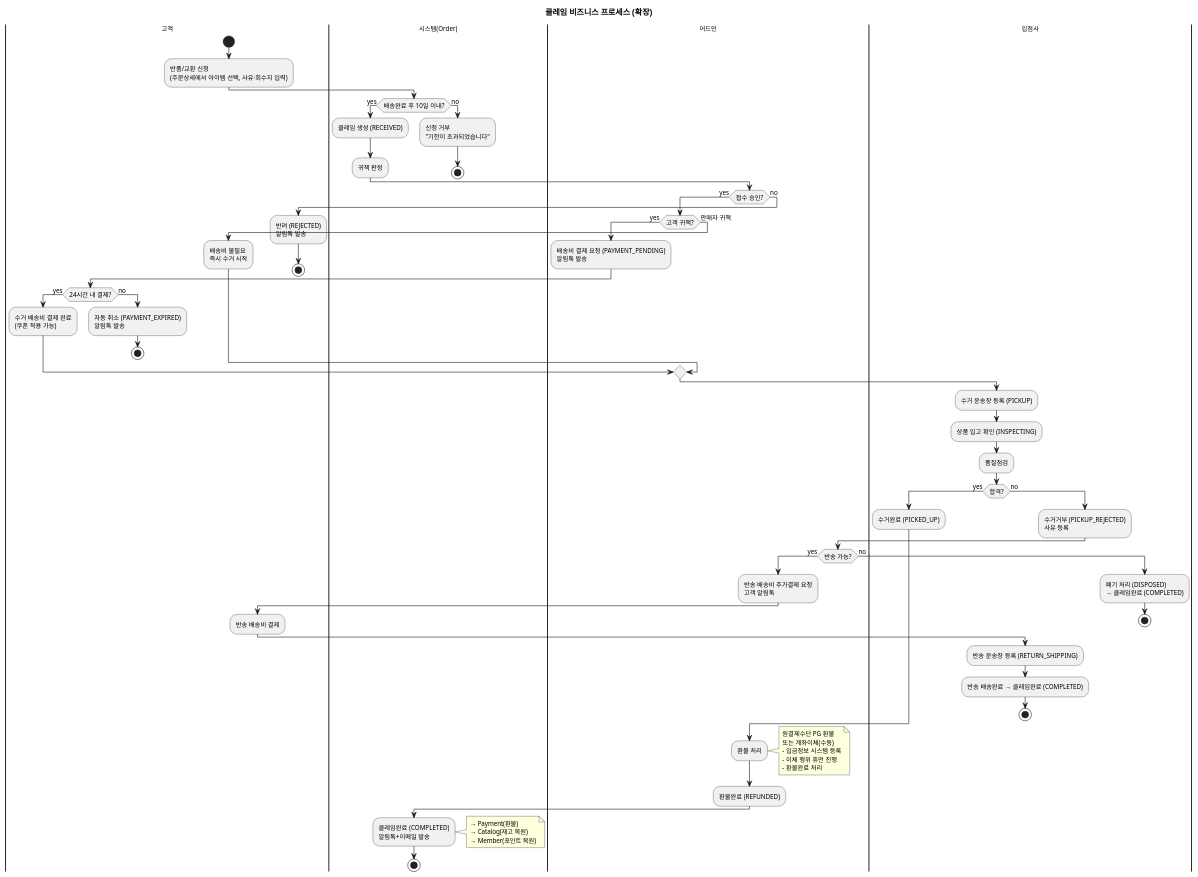
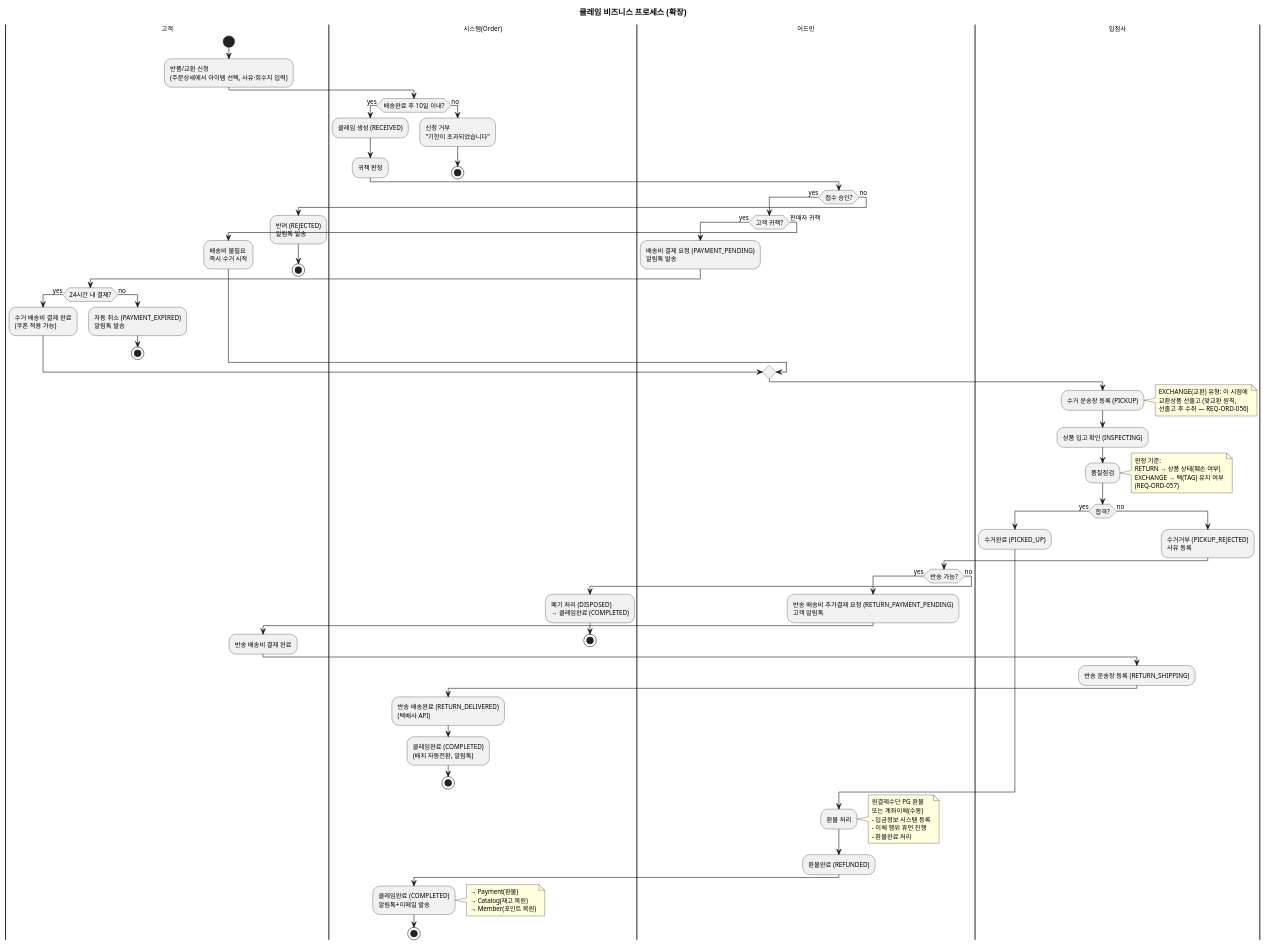
One commit to parknahyun/runNShop changed the fourth of 4 diagrams in docs/자산화-단계별/S2-구조설계/11-비즈니스프로세스(Order).md. Above: the diagram before and after it, drawn with PlantUML. The commit also changed other lines of this file and 18 other files, not shown here.

```diff
--- a/docs/자산화-단계별/S2-구조설계/11-비즈니스프로세스(Order).md
+++ b/docs/자산화-단계별/S2-구조설계/11-비즈니스프로세스(Order).md
@@ -193,8 +199,19 @@
 
 |입점사|
 :수거 운송장 등록 (PICKUP);
+note right
+  EXCHANGE(교환) 유형: 이 시점에
+  교환상품 선출고 (맞교환 원칙,
+  선출고 후 수취 — REQ-ORD-056)
+end note
 :상품 입고 확인 (INSPECTING);
 :품질점검;
+note right
+  판정 기준:
+  RETURN → 상품 상태(훼손 여부)
+  EXCHANGE → 택(TAG) 유지 여부
+  (REQ-ORD-057)
+end note
 
 if (합격?) then (yes)
   :수거완료 (PICKED_UP);
@@ -203,12 +220,14 @@
 
   |어드민|
   if (반송 가능?) then (yes)
-    :반송 배송비 추가결제 요청\n고객 알림톡;
+    :반송 배송비 추가결제 요청 (RETURN_PAYMENT_PENDING)\n고객 알림톡;
     |고객|
-    :반송 배송비 결제;
+    :반송 배송비 결제 완료;
     |입점사|
     :반송 운송장 등록 (RETURN_SHIPPING);
-    :반송 배송완료 → 클레임완료 (COMPLETED);
+    |시스템(Order)|
+    :반송 배송완료 (RETURN_DELIVERED)\n(택배사 API);
+    :클레임완료 (COMPLETED)\n(배치 자동전환, 알림톡);
     stop
   else (no)
     :폐기 처리 (DISPOSED)\n→ 클레임완료 (COMPLETED);
```
